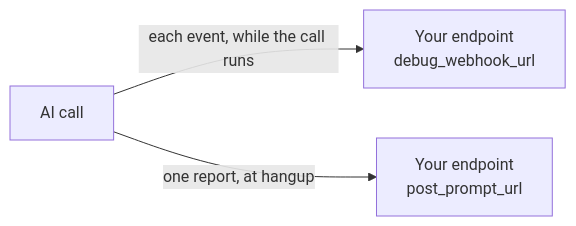
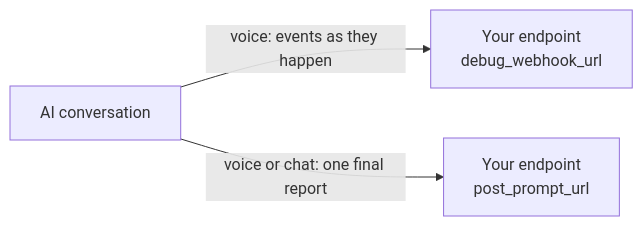
One commit to signalwire/docs changed the first of 2 diagrams in fern/products/platform/pages/ai/guides/analytics.mdx. Above: the diagram before and after it, drawn with Mermaid. The commit also changed other lines of this file and 2 other files, not shown here.

First line of the commit message:
Update conversation analytics and AI overview documentation

````diff
--- a/fern/products/platform/pages/ai/guides/analytics.mdx
+++ b/fern/products/platform/pages/ai/guides/analytics.mdx
@@ -66,9 +68,9 @@
 ```mermaid
 flowchart LR
-    Call["AI call"]
+    Call["AI conversation"]
     Debug["Your endpoint<br/>debug_webhook_url"]
     Report["Your endpoint<br/>post_prompt_url"]
 
-    Call -->|"each event, while the call runs"| Debug
-    Call -->|"one report, at hangup"| Report
+    Call -->|"voice: events as they happen"| Debug
+    Call -->|"voice or chat: one final report"| Report
 ```
````
